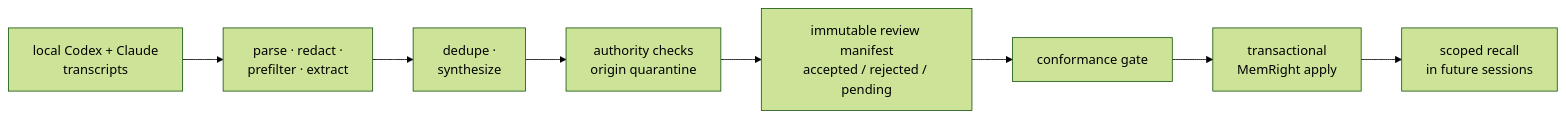
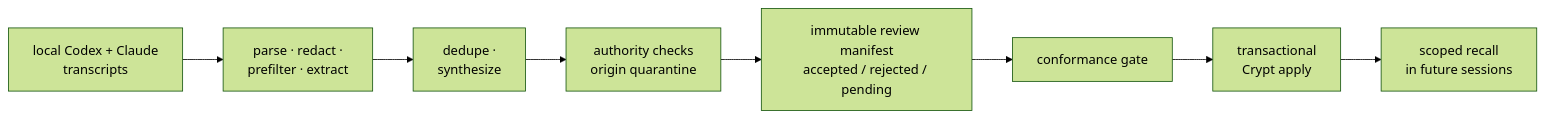
One commit to Orthic-Labs/Membrane changed the diagram in README.md. Above: the diagram before and after it, drawn with Mermaid (forest theme). The commit also changed other lines of this file and 86 other files, not shown here.

````diff
--- a/README.md
+++ b/README.md
@@ -15,9 +15,9 @@
 ```mermaid
 flowchart LR
     T[local Codex + Claude<br/>transcripts] --> E[parse · redact ·<br/>prefilter · extract]
     E --> S[dedupe ·<br/>synthesize]
     S --> A[authority checks<br/>origin quarantine]
     A --> M[immutable review manifest<br/>accepted / rejected / pending]
-    M --> G[conformance gate] --> W[transactional<br/>MemRight apply]
+    M --> G[conformance gate] --> W[transactional<br/>Crypt apply]
     W --> R[scoped recall<br/>in future sessions]
 ```
````
